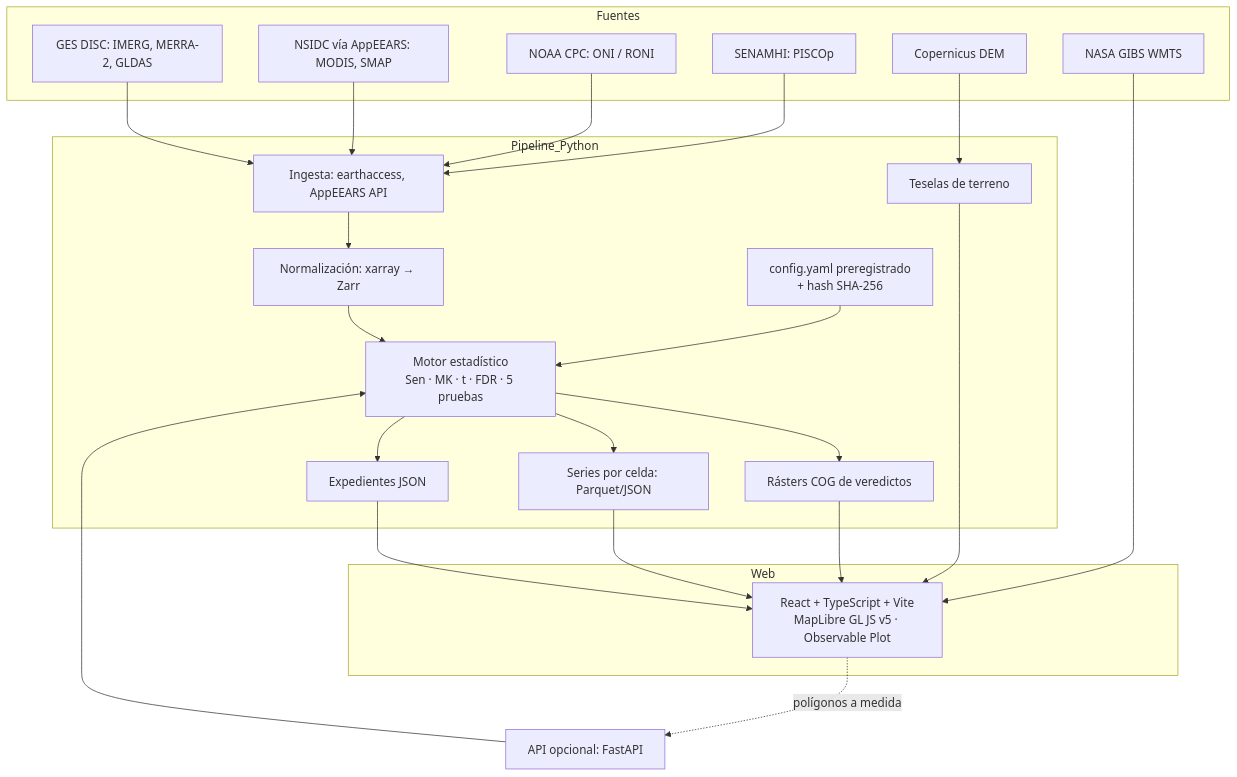
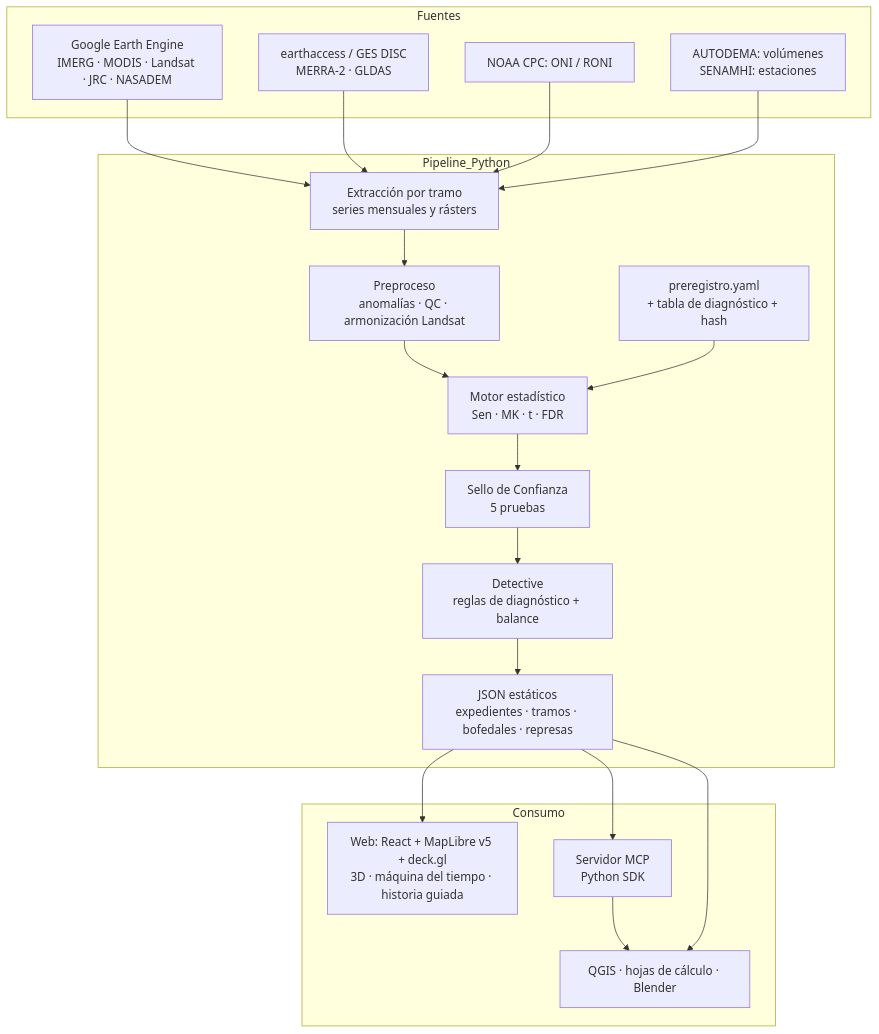
One commit to DiegoNiS/terraverdict changed the second of 2 diagrams in readme.md. Above: the diagram before and after it, drawn with Mermaid. The commit also changed other lines of this file, not shown here.

First line of the commit message:
Replantear TerraVerdict como la Cadena del Agua de Arequipa

````diff
--- a/readme.md
+++ b/readme.md
@@ -357,28 +332,27 @@
 ```mermaid
 flowchart TB
     subgraph Fuentes
-        S1[GES DISC: IMERG, MERRA-2, GLDAS]
-        S2[NSIDC vía AppEEARS: MODIS, SMAP]
-        S3[NOAA CPC: ONI / RONI]
-        S4[SENAMHI: PISCOp]
-        S5[Copernicus DEM]
-        S6[NASA GIBS WMTS]
+        G[Google Earth Engine\nIMERG · MODIS · Landsat · JRC · NASADEM]
+        E[earthaccess / GES DISC\nMERRA-2 · GLDAS]
+        N[NOAA CPC: ONI / RONI]
+        L[AUTODEMA: volúmenes\nSENAMHI: estaciones]
     end
     subgraph Pipeline_Python
-        I[Ingesta: earthaccess, AppEEARS API] --> N[Normalización: xarray → Zarr]
-        N --> M[Motor estadístico\nSen · MK · t · FDR · 5 pruebas]
-        C[config.yaml preregistrado\n+ hash SHA-256] --> M
-        M --> O1[Rásters COG de veredictos]
-        M --> O2[Series por celda: Parquet/JSON]
-        M --> O3[Expedientes JSON]
-        S5 --> T[Teselas de terreno]
+        X[Extracción por tramo\nseries mensuales y rásters] --> P[Preproceso\nanomalías · QC · armonización Landsat]
+        P --> M[Motor estadístico\nSen · MK · t · FDR]
+        C[preregistro.yaml\n+ tabla de diagnóstico + hash] --> M
+        M --> S[Sello de Confianza\n5 pruebas]
+        S --> D[Detective\nreglas de diagnóstico + balance]
+        D --> O[JSON estáticos\nexpedientes · tramos · bofedales · represas]
     end
-    subgraph Web
-        F[React + TypeScript + Vite\nMapLibre GL JS v5 · Observable Plot]
+    subgraph Consumo
+        W[Web: React + MapLibre v5 + deck.gl\n3D · máquina del tiempo · historia guiada]
+        MCP[Servidor MCP\nPython SDK]
+        Q[QGIS · hojas de cálculo · Blender]
     end
-    S1 & S2 & S3 & S4 --> I
-    O1 & O2 & O3 & T --> F
-    S6 --> F
-    F -. polígonos a medida .-> A[API opcional: FastAPI]
-    A --> M
+    G & E & N & L --> X
+    O --> W
+    O --> MCP
+    MCP --> Q
+    O --> Q
 ```
````
